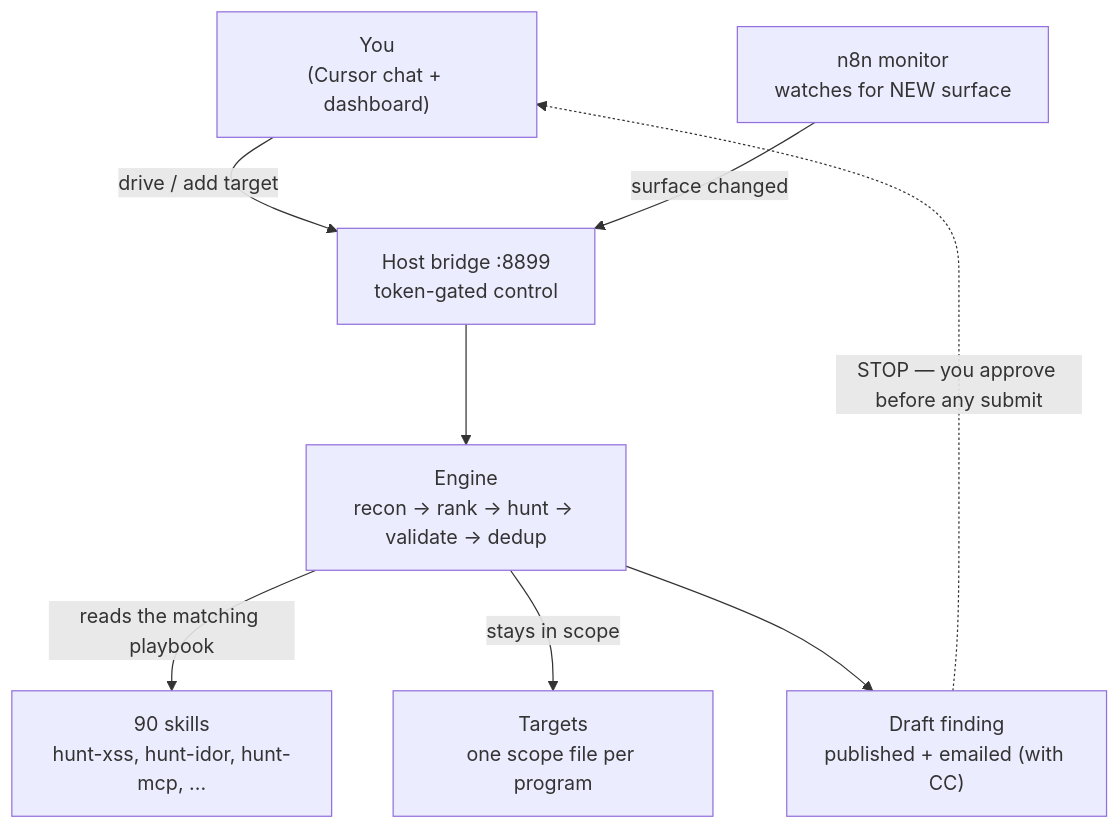
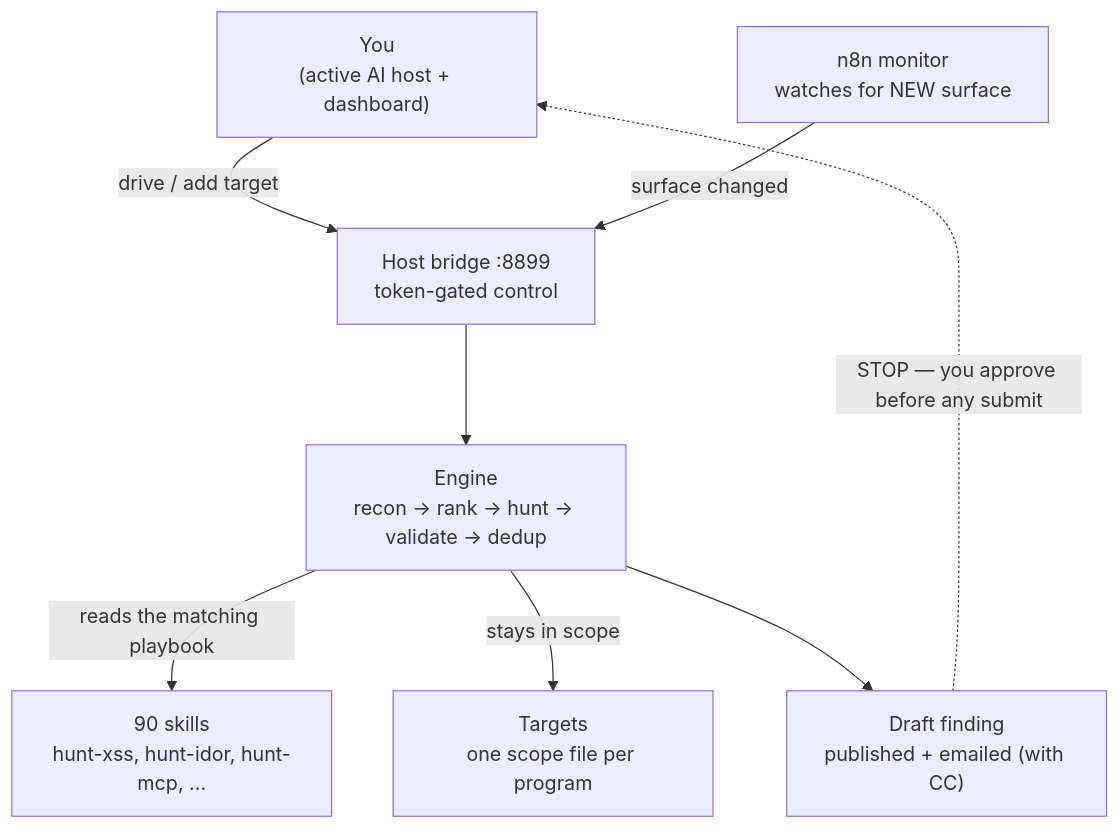
Before and after one commit to Mahmoud-Fawzi-Fayed/0xray-hunt-harness: the first of 3 diagrams in README.md, drawn with Mermaid. The commit also changed other lines of this file and 102 other files, not shown here.

````diff
--- a/README.md
+++ b/README.md
@@ -33,18 +33,18 @@
 ```mermaid
 flowchart TB
-    U["You<br/>(Cursor chat + dashboard)"]
+    U["You<br/>(active AI host + dashboard)"]
     N["n8n monitor<br/>watches for NEW surface"]
     BR["Host bridge :8899<br/>token-gated control"]
     EN["Engine<br/>recon → rank → hunt → validate → dedup"]
     SK["90 skills<br/>hunt-xss, hunt-idor, hunt-mcp, ..."]
     TG["Targets<br/>one scope file per program"]
     OUT["Draft finding<br/>published + emailed (with CC)"]
 
     U -->|drive / add target| BR
     N -->|surface changed| BR
     BR --> EN
     EN -->|reads the matching playbook| SK
     EN -->|stays in scope| TG
     EN --> OUT
     OUT -.->|STOP — you approve before any submit| U
 ```
````
